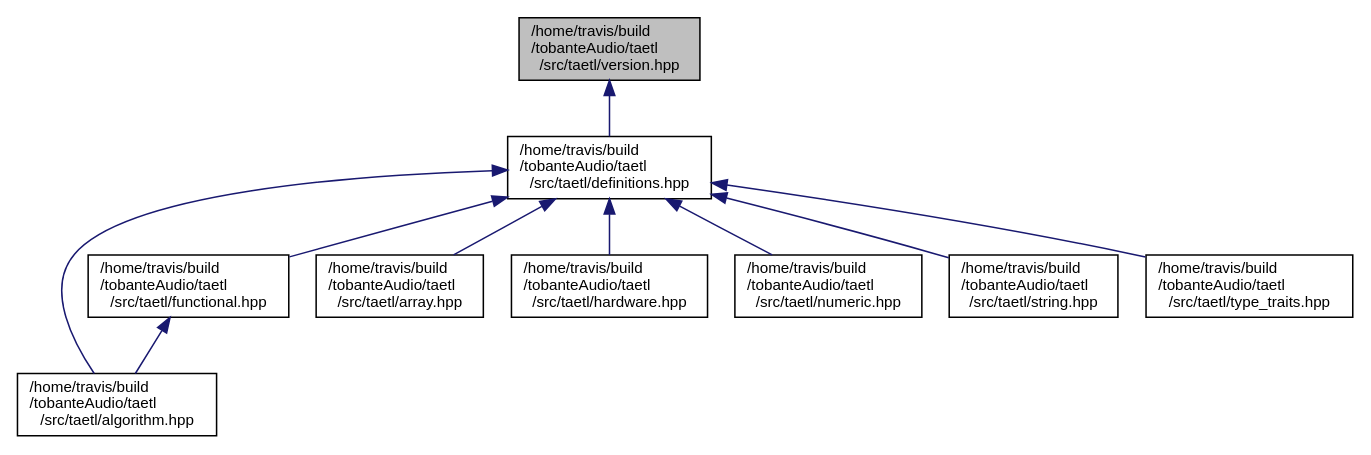
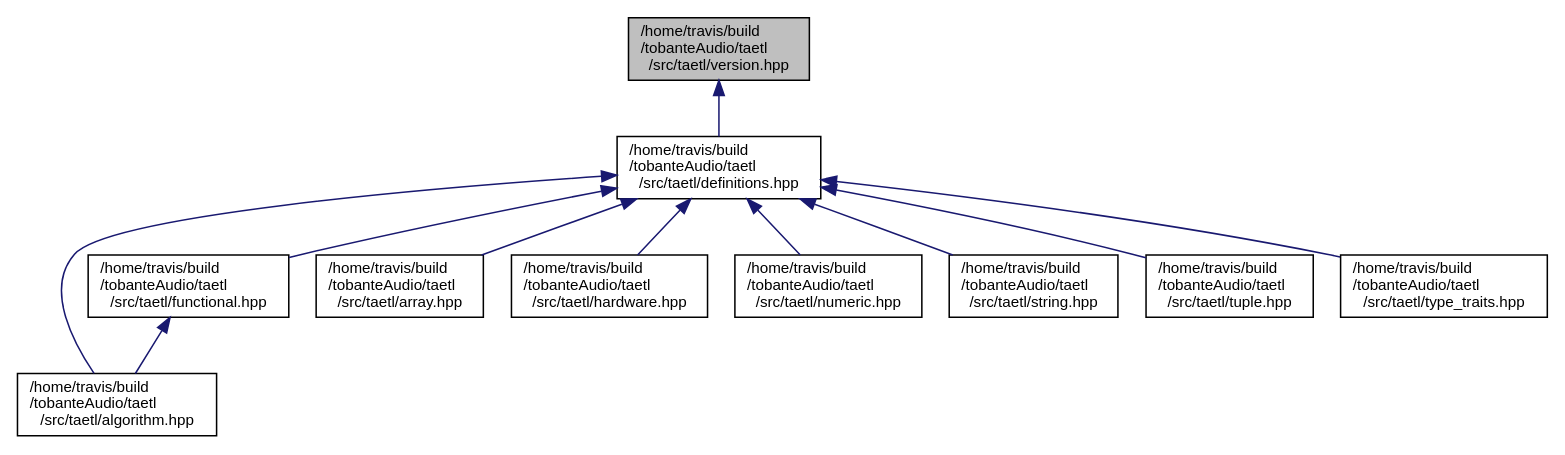
One commit to tobanteAudio/taetl changed the diagram in version_8hpp__dep__incl.dot. Above: the diagram before and after it, drawn with Graphviz. The commit also changed 79 other files, not shown here.

Commit message:
Deploy tobanteAudio/taetl to github.com/tobanteAudio/taetl.git:gh-pages

```diff
--- a/version_8hpp__dep__incl.dot
+++ b/version_8hpp__dep__incl.dot
@@ -1,23 +1,25 @@
 digraph "/home/travis/build/tobanteAudio/taetl/src/taetl/version.hpp"
 {
   edge [fontname="Helvetica",fontsize="10",labelfontname="Helvetica",labelfontsize="10"];
   node [fontname="Helvetica",fontsize="10",shape=record];
   Node1 [label="/home/travis/build\l/tobanteAudio/taetl\l/src/taetl/version.hpp",height=0.2,width=0.4,color="black", fillcolor="grey75", style="filled", fontcolor="black"];
   Node1 -> Node2 [dir="back",color="midnightblue",fontsize="10",style="solid",fontname="Helvetica"];
   Node2 [label="/home/travis/build\l/tobanteAudio/taetl\l/src/taetl/definitions.hpp",height=0.2,width=0.4,color="black", fillcolor="white", style="filled",URL="$definitions_8hpp.html"];
   Node2 -> Node3 [dir="back",color="midnightblue",fontsize="10",style="solid",fontname="Helvetica"];
   Node3 [label="/home/travis/build\l/tobanteAudio/taetl\l/src/taetl/algorithm.hpp",height=0.2,width=0.4,color="black", fillcolor="white", style="filled",URL="$algorithm_8hpp.html"];
   Node2 -> Node4 [dir="back",color="midnightblue",fontsize="10",style="solid",fontname="Helvetica"];
   Node4 [label="/home/travis/build\l/tobanteAudio/taetl\l/src/taetl/functional.hpp",height=0.2,width=0.4,color="black", fillcolor="white", style="filled",URL="$functional_8hpp.html"];
   Node4 -> Node3 [dir="back",color="midnightblue",fontsize="10",style="solid",fontname="Helvetica"];
   Node2 -> Node5 [dir="back",color="midnightblue",fontsize="10",style="solid",fontname="Helvetica"];
   Node5 [label="/home/travis/build\l/tobanteAudio/taetl\l/src/taetl/array.hpp",height=0.2,width=0.4,color="black", fillcolor="white", style="filled",URL="$array_8hpp.html"];
   Node2 -> Node6 [dir="back",color="midnightblue",fontsize="10",style="solid",fontname="Helvetica"];
   Node6 [label="/home/travis/build\l/tobanteAudio/taetl\l/src/taetl/hardware.hpp",height=0.2,width=0.4,color="black", fillcolor="white", style="filled",URL="$hardware_8hpp.html"];
   Node2 -> Node7 [dir="back",color="midnightblue",fontsize="10",style="solid",fontname="Helvetica"];
   Node7 [label="/home/travis/build\l/tobanteAudio/taetl\l/src/taetl/numeric.hpp",height=0.2,width=0.4,color="black", fillcolor="white", style="filled",URL="$numeric_8hpp.html"];
   Node2 -> Node8 [dir="back",color="midnightblue",fontsize="10",style="solid",fontname="Helvetica"];
   Node8 [label="/home/travis/build\l/tobanteAudio/taetl\l/src/taetl/string.hpp",height=0.2,width=0.4,color="black", fillcolor="white", style="filled",URL="$string_8hpp.html"];
   Node2 -> Node9 [dir="back",color="midnightblue",fontsize="10",style="solid",fontname="Helvetica"];
-  Node9 [label="/home/travis/build\l/tobanteAudio/taetl\l/src/taetl/type_traits.hpp",height=0.2,width=0.4,color="black", fillcolor="white", style="filled",URL="$type__traits_8hpp.html"];
+  Node9 [label="/home/travis/build\l/tobanteAudio/taetl\l/src/taetl/tuple.hpp",height=0.2,width=0.4,color="black", fillcolor="white", style="filled",URL="$tuple_8hpp.html"];
+  Node2 -> Node10 [dir="back",color="midnightblue",fontsize="10",style="solid",fontname="Helvetica"];
+  Node10 [label="/home/travis/build\l/tobanteAudio/taetl\l/src/taetl/type_traits.hpp",height=0.2,width=0.4,color="black", fillcolor="white", style="filled",URL="$type__traits_8hpp.html"];
 }
```
